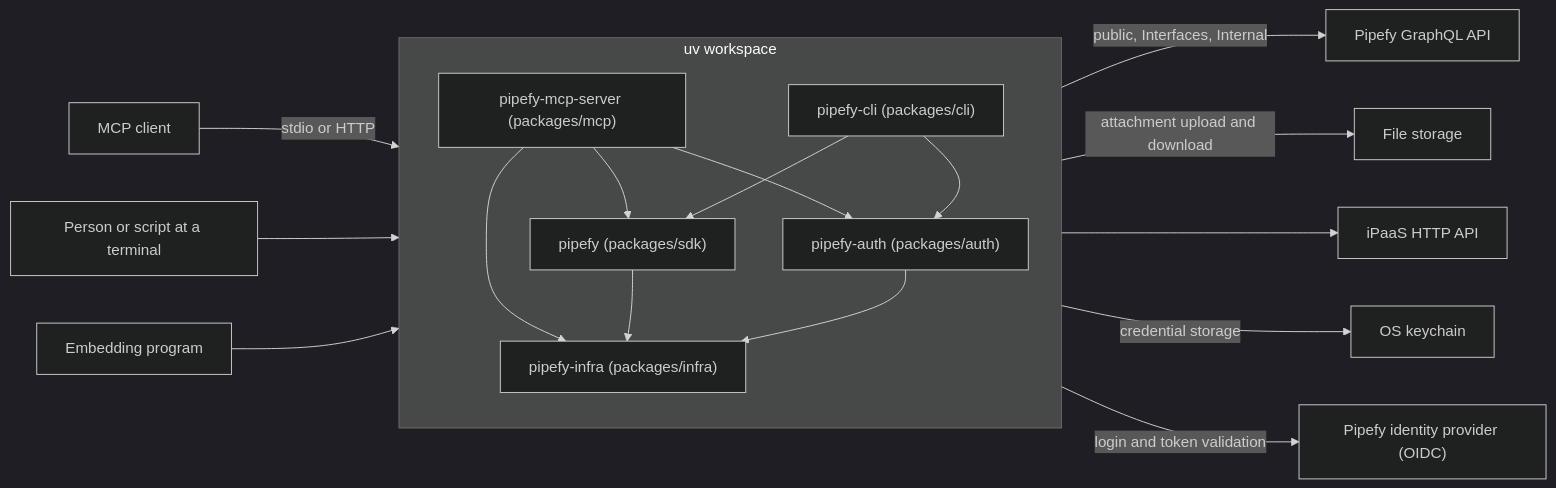
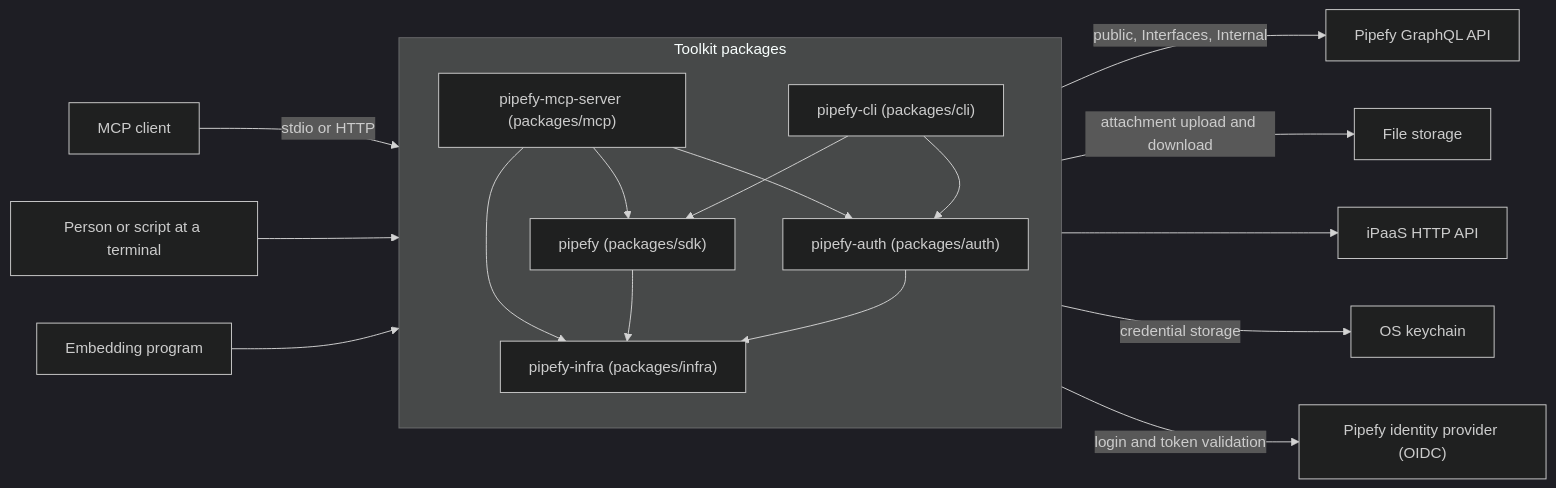
One commit to gbrlcustodio/pipefy-mcp-server changed the diagram in docs/contributing/architecture.md. Above: the diagram before and after it, drawn with Mermaid (dark theme). The commit also changed other lines of this file, not shown here.

Commit message:
docs: name the diagram boundary for what it holds, not for uv

````diff
--- a/docs/contributing/architecture.md
+++ b/docs/contributing/architecture.md
@@ -64,29 +64,29 @@
 ```mermaid
 flowchart LR
     client["MCP client"] -- "stdio or HTTP" --> mcp
     shell["Person or script at a terminal"] --> cli
     program["Embedding program"] --> sdk
 
-    subgraph workspace["uv workspace"]
+    subgraph toolkit["Toolkit packages"]
         direction TB
         mcp["pipefy-mcp-server (packages/mcp)"]
         cli["pipefy-cli (packages/cli)"]
         sdk["pipefy (packages/sdk)"]
         auth["pipefy-auth (packages/auth)"]
         infra["pipefy-infra (packages/infra)"]
 
         mcp --> sdk
         mcp --> auth
         mcp --> infra
         cli --> sdk
         cli --> auth
         sdk --> infra
         auth --> infra
     end
 
     sdk -- "public, Interfaces, Internal" --> graphql["Pipefy GraphQL API"]
     sdk -- "attachment upload and download" --> storage["File storage"]
     mcp --> ipaas["iPaaS HTTP API"]
     auth -- "credential storage" --> keychain["OS keychain"]
     auth -- "login and token validation" --> idp["Pipefy identity provider (OIDC)"]
 ```
````
